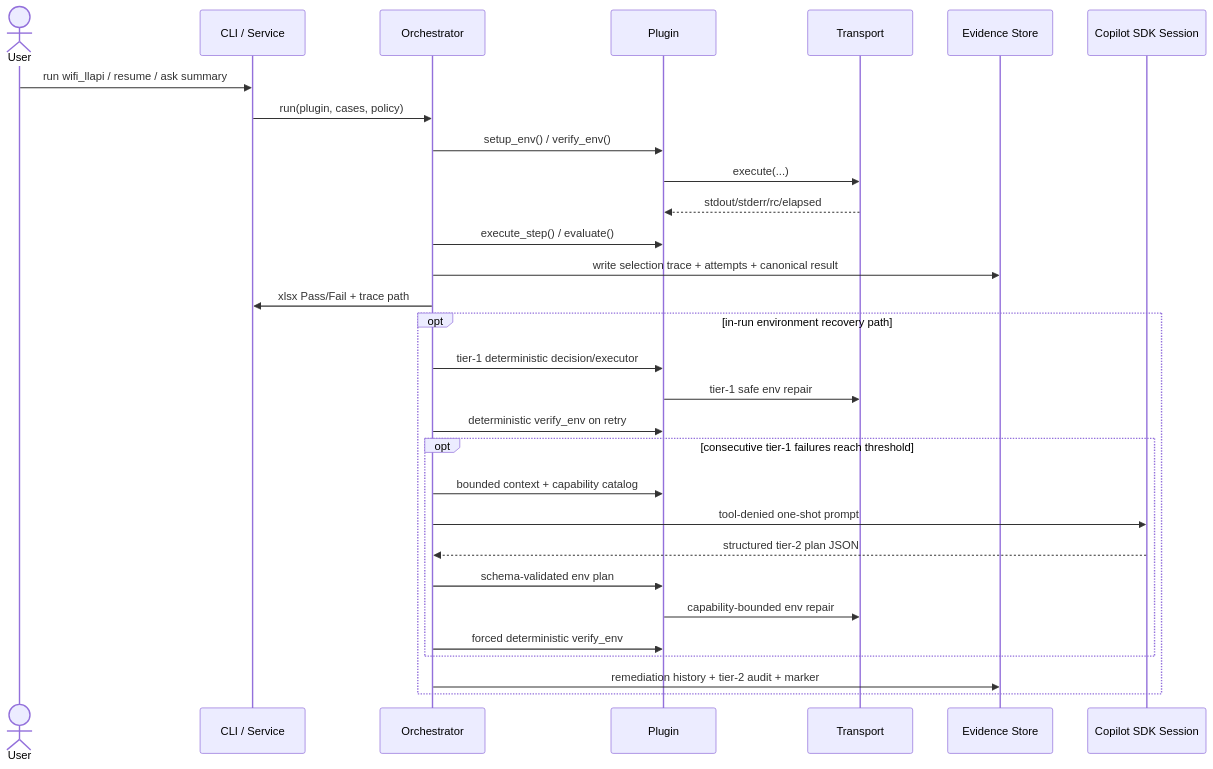
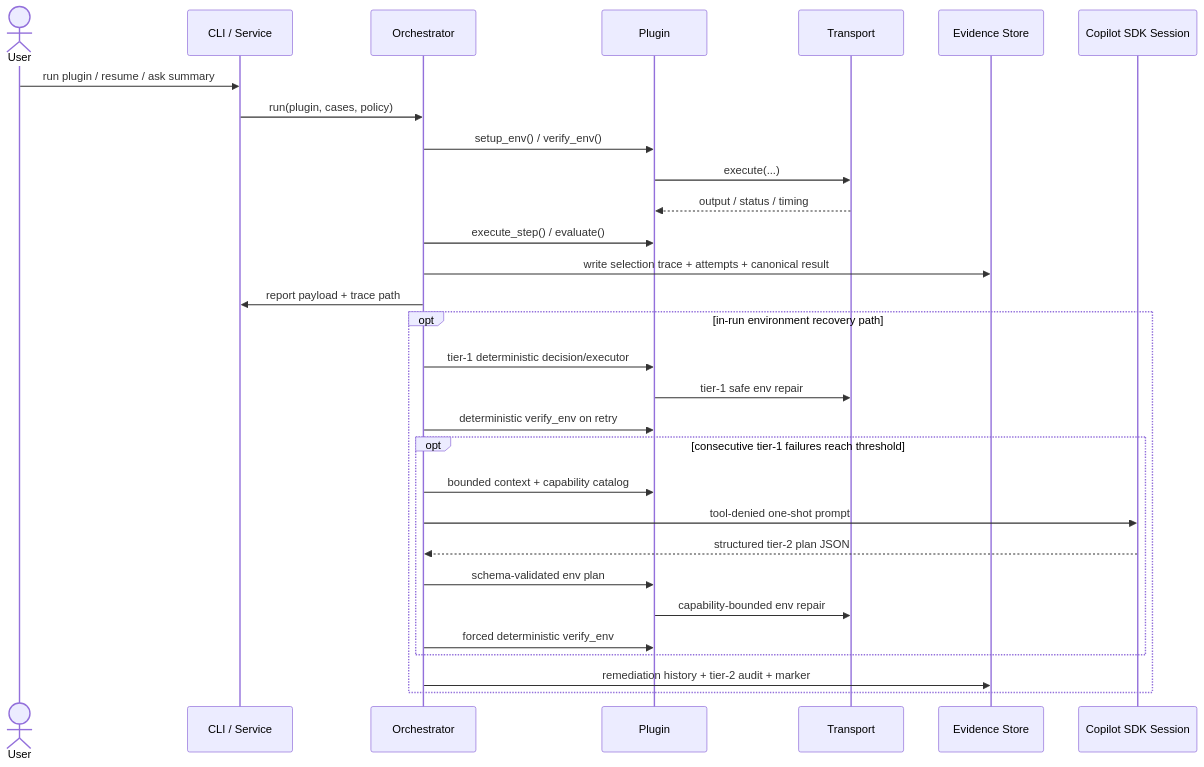
One commit to hamanpaul/testpilot-core changed the second of 2 diagrams in docs/spec.md. Above: the diagram before and after it, drawn with Mermaid. The commit also changed other lines of this file and 8 other files, not shown here.

````diff
--- a/docs/spec.md
+++ b/docs/spec.md
@@ -112,34 +119,34 @@
 ```mermaid
 sequenceDiagram
     actor User
     participant CLI as CLI / Service
     participant Orch as Orchestrator
     participant Plugin as Plugin
     participant Transport as Transport
     participant Evidence as Evidence Store
     participant CP as Copilot SDK Session
 
-    User->>CLI: run wifi_llapi / resume / ask summary
+    User->>CLI: run plugin / resume / ask summary
     CLI->>Orch: run(plugin, cases, policy)
     Orch->>Plugin: setup_env() / verify_env()
     Plugin->>Transport: execute(...)
-    Transport-->>Plugin: stdout/stderr/rc/elapsed
+    Transport-->>Plugin: output / status / timing
     Orch->>Plugin: execute_step() / evaluate()
     Orch->>Evidence: write selection trace + attempts + canonical result
-    Orch->>CLI: xlsx Pass/Fail + trace path
+    Orch->>CLI: report payload + trace path
 
     opt in-run environment recovery path
         Orch->>Plugin: tier-1 deterministic decision/executor
         Plugin->>Transport: tier-1 safe env repair
         Orch->>Plugin: deterministic verify_env on retry
         opt consecutive tier-1 failures reach threshold
             Orch->>Plugin: bounded context + capability catalog
             Orch->>CP: tool-denied one-shot prompt
             CP-->>Orch: structured tier-2 plan JSON
             Orch->>Plugin: schema-validated env plan
             Plugin->>Transport: capability-bounded env repair
             Orch->>Plugin: forced deterministic verify_env
         end
         Orch->>Evidence: remediation history + tier-2 audit + marker
     end
 ```
````
